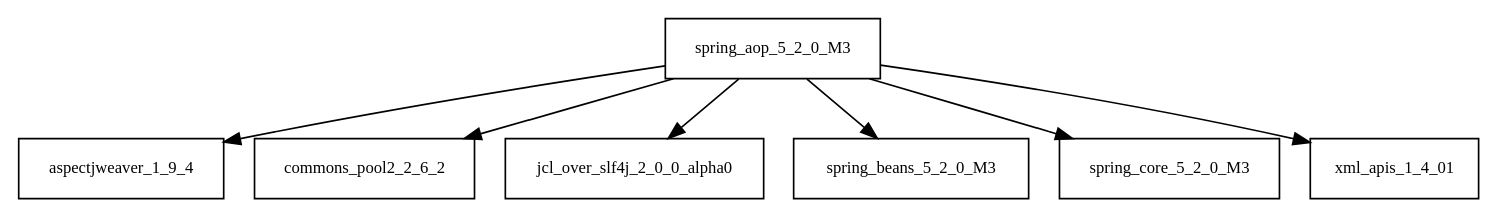
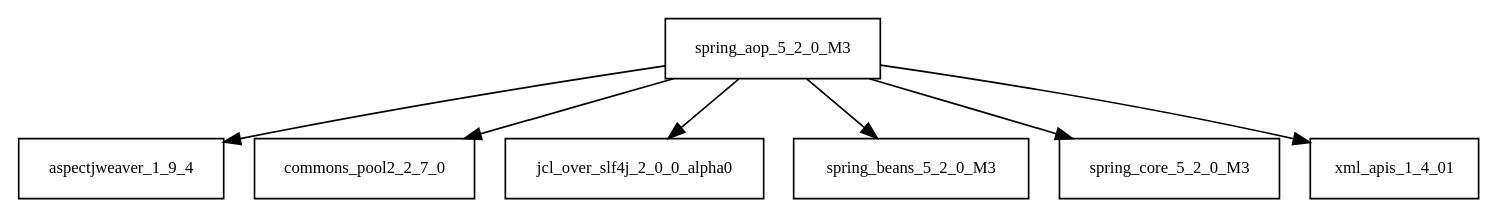
The diagram in tattleTaleReport/graphviz/spring-aop-5.2.0.M3.jar/spring-aop-5.2.0.M3.jar.dot (Hack23/cia), drawn with Graphviz before and after one commit. The commit also changed 2920 other files, not shown here.

```diff
--- a/tattleTaleReport/graphviz/spring-aop-5.2.0.M3.jar/spring-aop-5.2.0.M3.jar.dot
+++ b/tattleTaleReport/graphviz/spring-aop-5.2.0.M3.jar/spring-aop-5.2.0.M3.jar.dot
@@ -1,9 +1,9 @@
 digraph spring_aop_5_2_0_M3_dependencies {
   node [shape = box, fontsize=10.0];
   spring_aop_5_2_0_M3 -> aspectjweaver_1_9_4;
-  spring_aop_5_2_0_M3 -> commons_pool2_2_6_2;
+  spring_aop_5_2_0_M3 -> commons_pool2_2_7_0;
   spring_aop_5_2_0_M3 -> jcl_over_slf4j_2_0_0_alpha0;
   spring_aop_5_2_0_M3 -> spring_beans_5_2_0_M3;
   spring_aop_5_2_0_M3 -> spring_core_5_2_0_M3;
   spring_aop_5_2_0_M3 -> xml_apis_1_4_01;
 }
```
